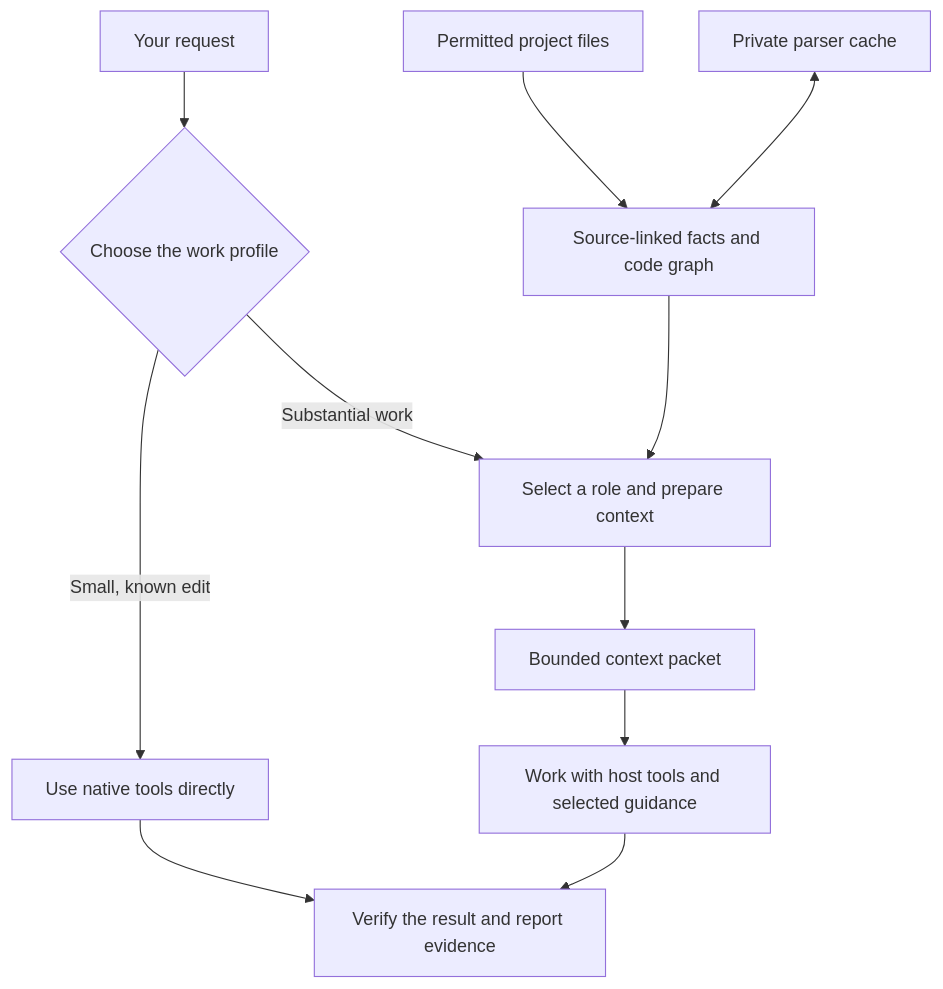
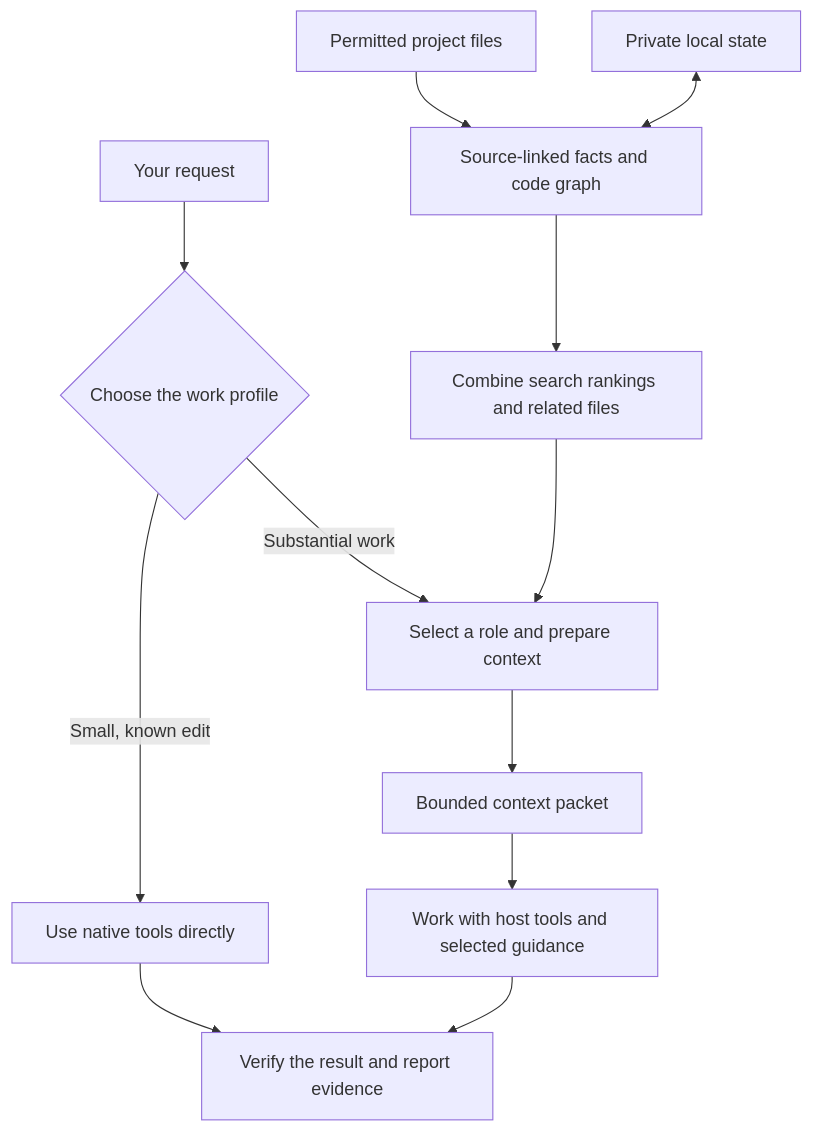
Before and after one commit to nahid-sparktales/agent-dispatcher: the diagram in README.md, drawn with Mermaid. The commit also changed other lines of this file and 4 other files, not shown here.

````diff
--- a/README.md
+++ b/README.md
@@ -41,13 +47,14 @@
 ```mermaid
 flowchart TD
     Request[Your request] --> Route{Choose the work profile}
     Route -->|Small, known edit| Direct[Use native tools directly]
     Route -->|Substantial work| Prepare[Select a role and prepare context]
     Files[Permitted project files] --> Index[Source-linked facts and code graph]
-    Cache[Private parser cache] <--> Index
-    Index --> Prepare
+    Cache[Private local state] <--> Index
+    Index --> Retrieve[Combine search rankings and related files]
+    Retrieve --> Prepare
     Prepare --> Packet[Bounded context packet]
     Packet --> Work[Work with host tools and selected guidance]
     Direct --> Check[Verify the result and report evidence]
     Work --> Check
 ```
````
